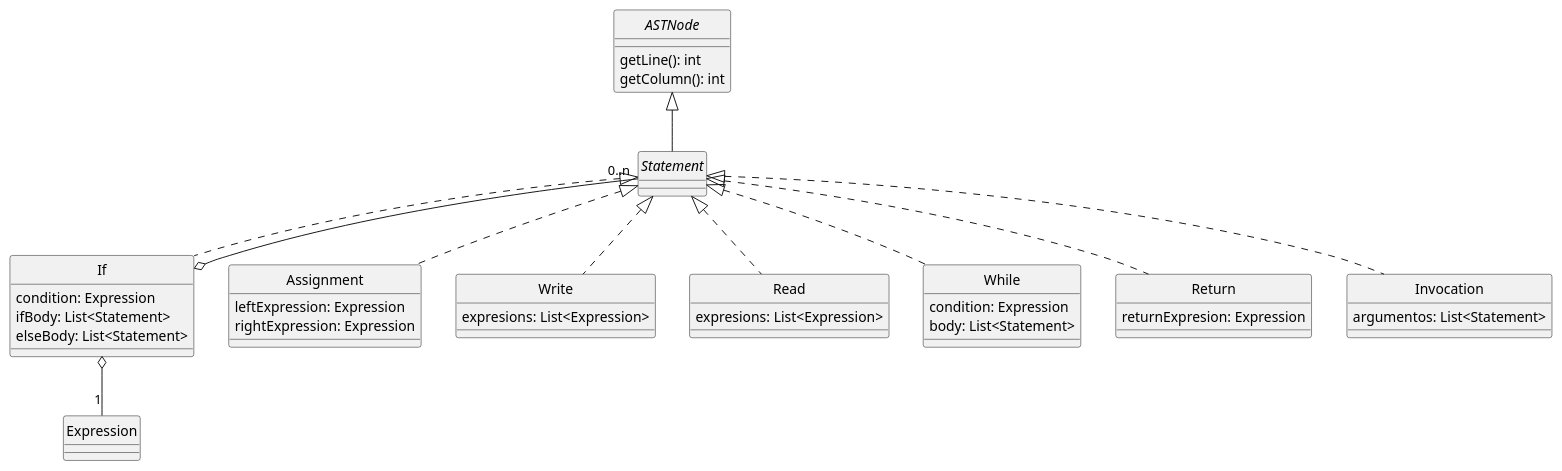
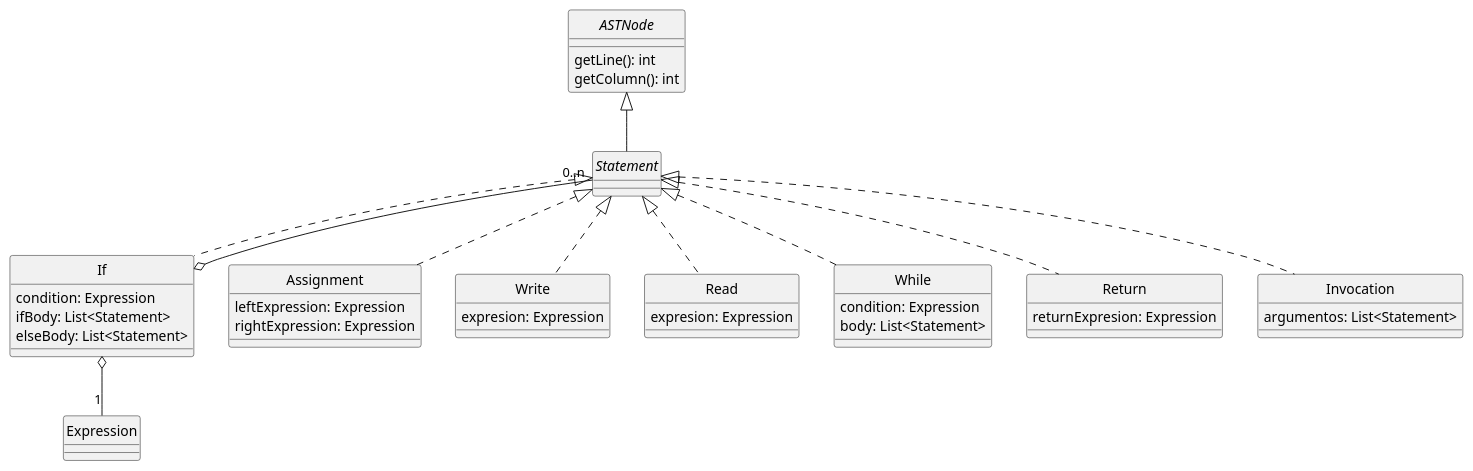
The diagram in docs/diagrams/statements.plantuml (JonathanAriass/dlp-examen), drawn with PlantUML before and after one commit. The commit also changed 8 other files, not shown here.

```diff
--- a/docs/diagrams/statements.plantuml
+++ b/docs/diagrams/statements.plantuml
@@ -1,58 +1,58 @@
 @startuml Statements
 skinparam style strictuml
 skinparam monochrome true
 
 
 interface ASTNode {
     getLine(): int
     getColumn(): int
 }
 
 interface Statement
 
 class If {
     condition: Expression
     ifBody: List<Statement>
     elseBody: List<Statement>
 }
 
 class Assignment {
     leftExpression: Expression
     rightExpression: Expression
     ' Deben de poder ser evaluables
 }
 
 class Write {
-    expresions: List<Expression>
+    expresion: Expression
 }
 
 class Read {
-    expresions: List<Expression>
+    expresion: Expression
 }
 
 class While {
     condition: Expression
     body: List<Statement>
 }
 
 class Return {
     returnExpresion: Expression
 }
 
 class Invocation {
     argumentos: List<Statement>
 }
 
 ASTNode <|-- Statement
 Statement <|.. If
 Statement <|.. Assignment
 Statement <|.. Write
 Statement <|.. Read
 Statement <|.. While
 Statement <|.. Return
 Statement <|.. Invocation
 If o-- "1" Expression
 If o-- "0..n" Statement
 
 
 @enduml
```
